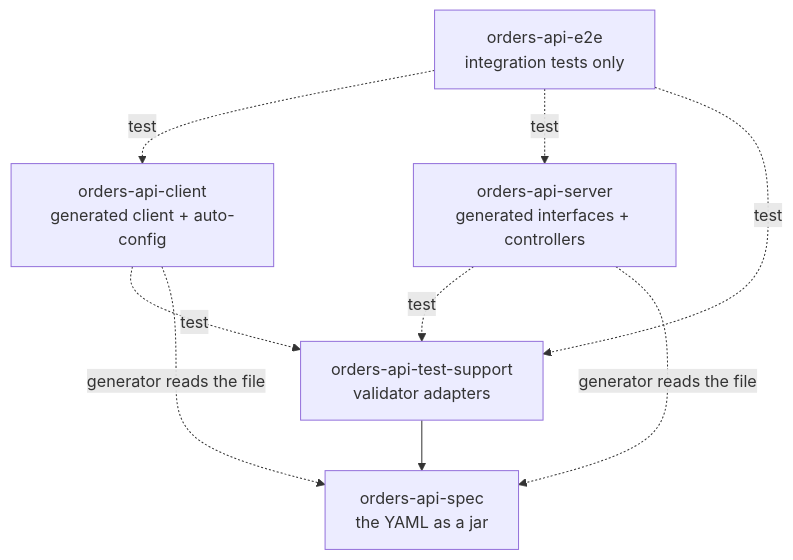
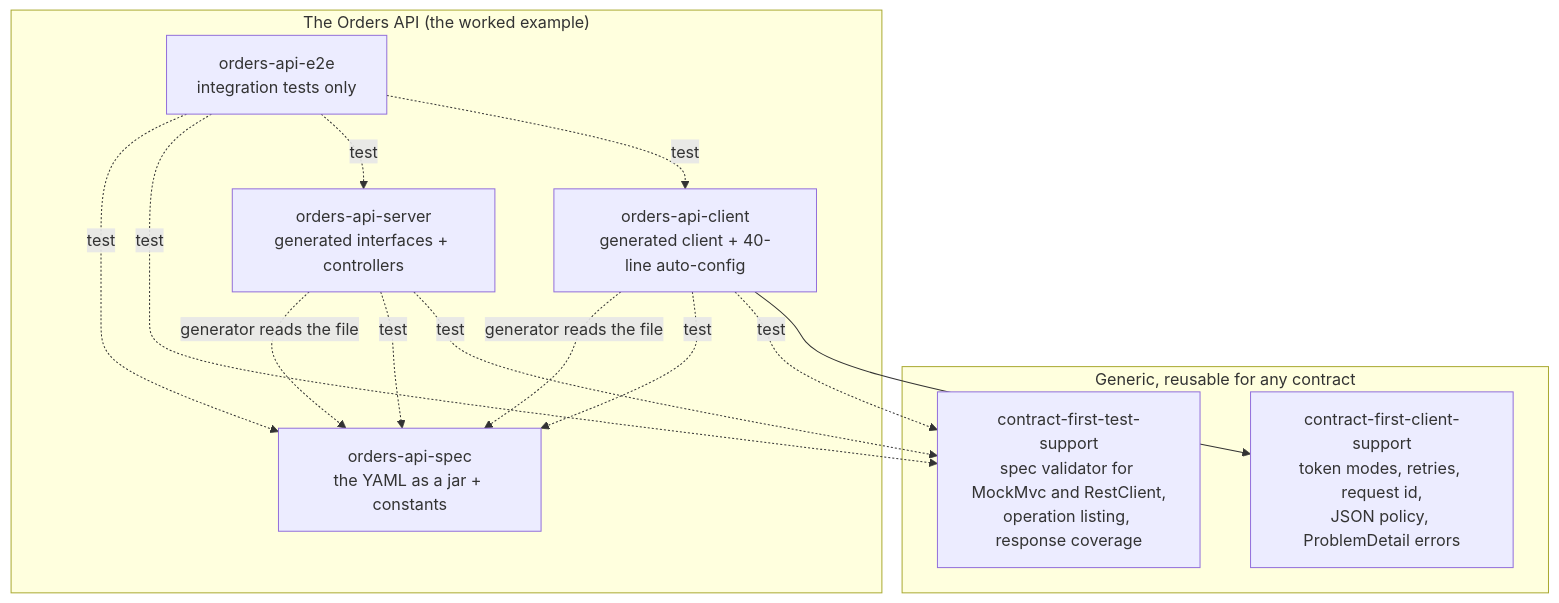
The second of 2 diagrams in README.md (dmitrykislov/contract-first-spring), drawn with Mermaid before and after one commit. The commit also changed other lines of this file and 85 other files, not shown here.

````diff
--- a/README.md
+++ b/README.md
@@ -284,16 +300,20 @@
 ```mermaid
 flowchart TB
-    SPEC[orders-api-spec<br/>the YAML as a jar]
-    TS[orders-api-test-support<br/>validator adapters]
-    CLIENT[orders-api-client<br/>generated client + auto-config]
-    SERVER[orders-api-server<br/>generated interfaces + controllers]
-    E2E[orders-api-e2e<br/>integration tests only]
+    subgraph generic["Generic, reusable for any contract"]
+        CS[contract-first-client-support<br/>token modes, retries, request id,<br/>JSON policy, ProblemDetail errors]
+        TS[contract-first-test-support<br/>spec validator for MockMvc and RestClient,<br/>operation listing, response coverage]
+    end
+    subgraph orders["The Orders API (the worked example)"]
+        SPEC[orders-api-spec<br/>the YAML as a jar + constants]
+        CLIENT[orders-api-client<br/>generated client + 40-line auto-config]
+        SERVER[orders-api-server<br/>generated interfaces + controllers]
+        E2E[orders-api-e2e<br/>integration tests only]
+    end
 
-    TS --> SPEC
-    CLIENT -. test .-> TS
-    SERVER -. test .-> TS
-    E2E -. test .-> CLIENT & SERVER & TS
-
+    CLIENT --> CS
+    CLIENT -. test .-> TS & SPEC
+    SERVER -. test .-> TS & SPEC
+    E2E -. test .-> CLIENT & SERVER & TS & SPEC
     CLIENT -. generator reads the file .-> SPEC
     SERVER -. generator reads the file .-> SPEC
 ```
````
